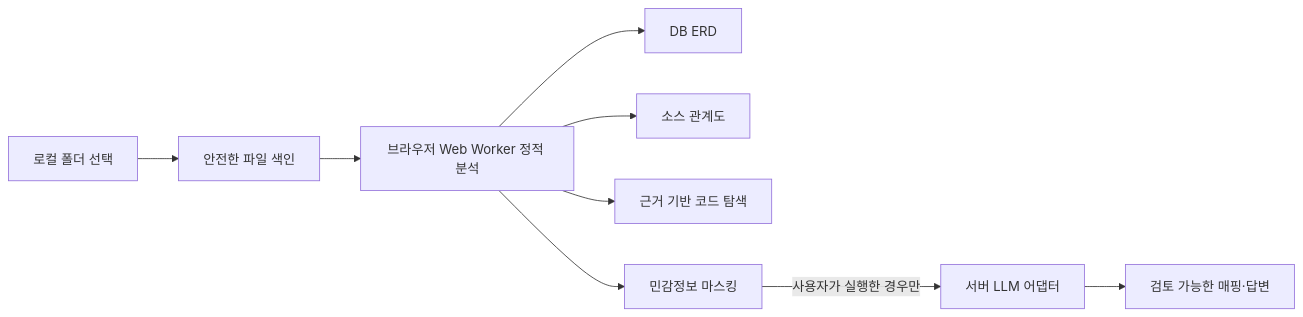
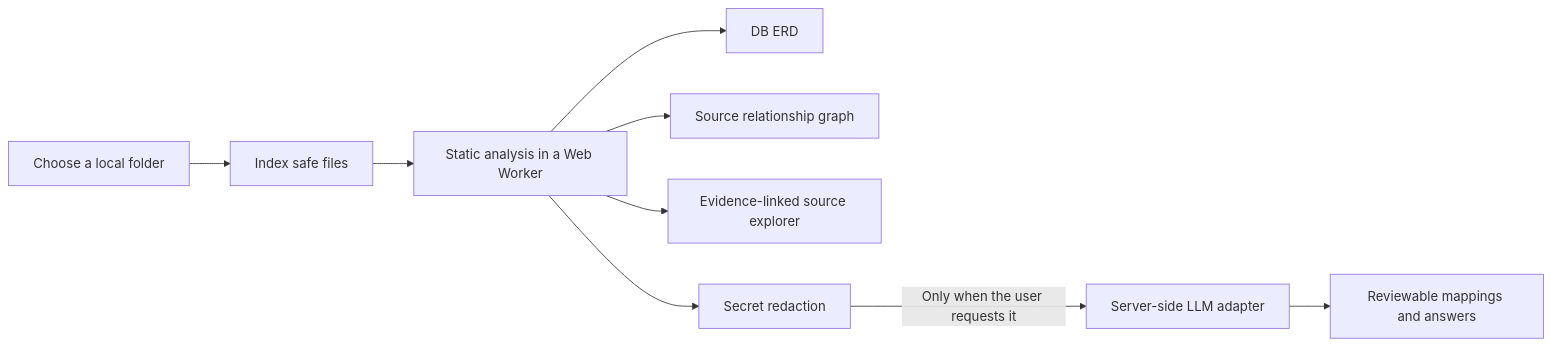
One commit to efficjump/schema-lens changed the diagram in README.md. Above: the diagram before and after it, drawn with Mermaid. The commit also changed other lines of this file and 17 other files, not shown here.

````diff
--- a/README.md
+++ b/README.md
@@ -29,11 +29,11 @@
 ```mermaid
 flowchart LR
-  A["로컬 폴더 선택"] --> B["안전한 파일 색인"]
-  B --> C["브라우저 Web Worker 정적 분석"]
+  A["Choose a local folder"] --> B["Index safe files"]
+  B --> C["Static analysis in a Web Worker"]
   C --> D["DB ERD"]
-  C --> E["소스 관계도"]
-  C --> F["근거 기반 코드 탐색"]
-  C --> G["민감정보 마스킹"]
-  G -->|"사용자가 실행한 경우만"| H["서버 LLM 어댑터"]
-  H --> I["검토 가능한 매핑·답변"]
+  C --> E["Source relationship graph"]
+  C --> F["Evidence-linked source explorer"]
+  C --> G["Secret redaction"]
+  G -->|"Only when the user requests it"| H["Server-side LLM adapter"]
+  H --> I["Reviewable mappings and answers"]
 ```
````
